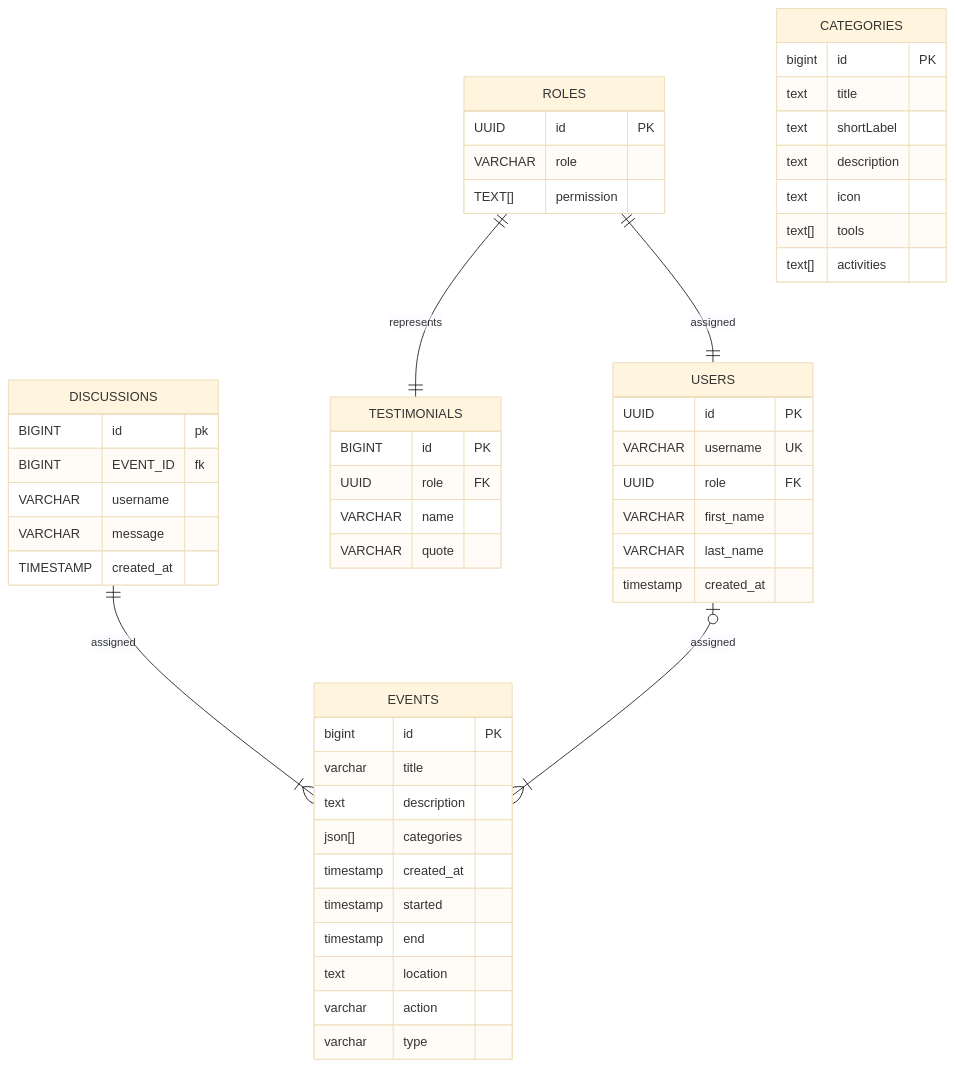
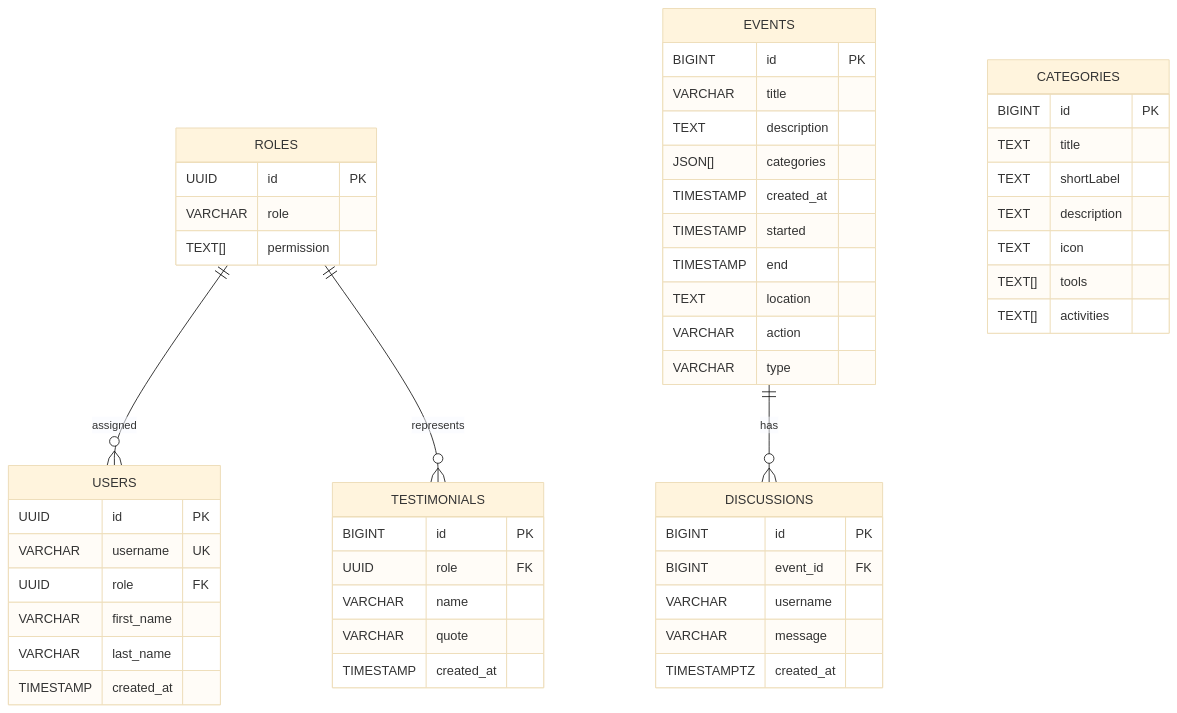
The diagram in README.md (RyannKim327/org-portfolio), drawn with Mermaid (base theme) before and after one commit. The commit also changed other lines of this file, not shown here.

Commit message:
docs: update diagrams

````diff
--- a/README.md
+++ b/README.md
@@ -163,60 +160,60 @@
 ```mermaid
 erDiagram
     ROLES {
         UUID id PK
         VARCHAR role
         TEXT[] permission
     } 
 
     USERS {
         UUID id PK
         VARCHAR username UK
         UUID role FK
         VARCHAR first_name
         VARCHAR last_name
-        timestamp created_at
+        TIMESTAMP created_at
     }
 
     TESTIMONIALS {
         BIGINT id PK
         UUID role FK
         VARCHAR name
         VARCHAR quote
+        TIMESTAMP created_at
     }
 
     EVENTS {
-        bigint id PK
-        varchar title
-        text description
-        json[] categories
-        timestamp created_at
-        timestamp started
-        timestamp end
-        text location
-        varchar action
-        varchar type
+        BIGINT id PK
+        VARCHAR title
+        TEXT description
+        JSON[] categories
+        TIMESTAMP created_at
+        TIMESTAMP started
+        TIMESTAMP end
+        TEXT location
+        VARCHAR action
+        VARCHAR type
     }
 
     CATEGORIES {
-        bigint id PK
-        text title
-        text shortLabel
-        text description
-        text icon
-        text[] tools
-        text[] activities
+        BIGINT id PK
+        TEXT title
+        TEXT shortLabel
+        TEXT description
+        TEXT icon
+        TEXT[] tools
+        TEXT[] activities
     }
     
     DISCUSSIONS {
-      BIGINT id pk
-      BIGINT EVENT_ID fk
-      VARCHAR username
-      VARCHAR message
-      TIMESTAMP created_at 
+        BIGINT id PK
+        BIGINT event_id FK
+        VARCHAR username
+        VARCHAR message
+        TIMESTAMPTZ created_at
     }    
     
-    ROLES ||--|| USERS : assigned
-    ROLES ||--|| TESTIMONIALS : represents
-    DISCUSSIONS ||--|{ EVENTS : assigned
-    USERS |o--|{ EVENTS : assigned
+    ROLES ||--o{ USERS : "assigned"
+    ROLES ||--o{ TESTIMONIALS : "represents"
+    EVENTS ||--o{ DISCUSSIONS : "has"
 ```
````
